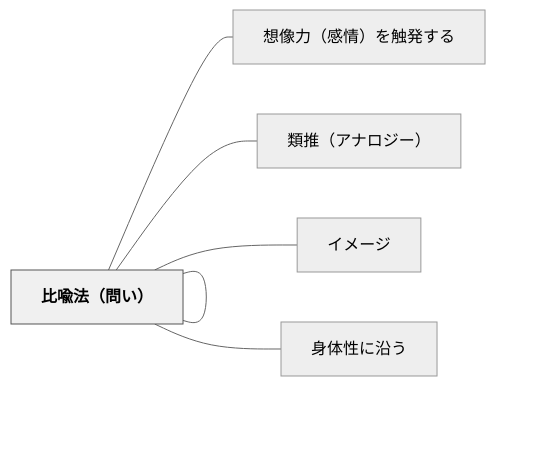
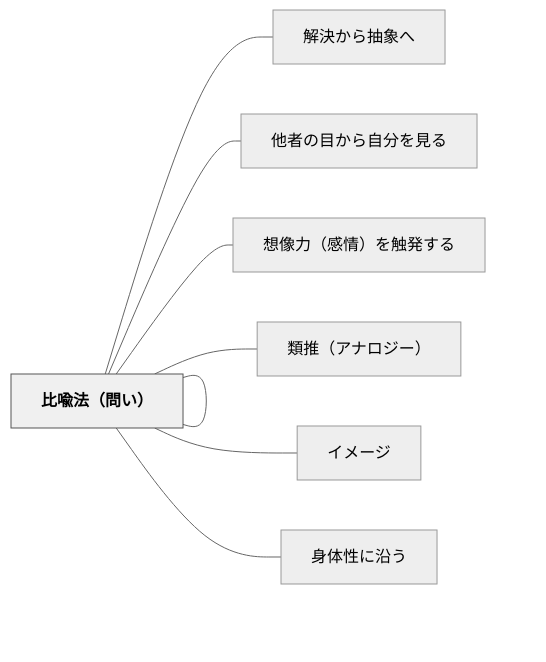
Before and after one commit to unknownthings-ed-patterns/unknownthings-ed-patterns: the diagram in content/パタン/比喩.md, drawn with Mermaid (neutral theme). The commit also changed other lines of this file and 473 other files, not shown here.

````diff
--- a/content/パタン/比喩.md
+++ b/content/パタン/比喩.md
@@ -62,18 +64,22 @@
 ```mermaid
 flowchart LR
     ne6af94e596a9["比喩"]
+    ne8a7a3e6b1ba["解決から抽象へ"]
+    ne4bb96e88085["他者の目から自分を見る"]
     ne683b3e5838f["想像力（感情）を触発する"]
     ne9a19ee68ea8["類推（アナロジー）"]
     ne6af94e596a9["比喩法（問い）"]
     ne382a4e383a1["イメージ"]
     ne8baabe4bd93["身体性に沿う"]
 
+    ne6af94e596a9 --- ne8a7a3e6b1ba
+    ne6af94e596a9 --- ne4bb96e88085
     ne6af94e596a9 --- ne683b3e5838f
     ne6af94e596a9 --- ne9a19ee68ea8
     ne6af94e596a9 --- ne6af94e596a9
     ne6af94e596a9 --- ne382a4e383a1
     ne6af94e596a9 --- ne8baabe4bd93
 
     classDef hub fill:#f0f0f0,stroke:#555,color:#000,font-weight:bold
     class ne6af94e596a9 hub
 ```
````
